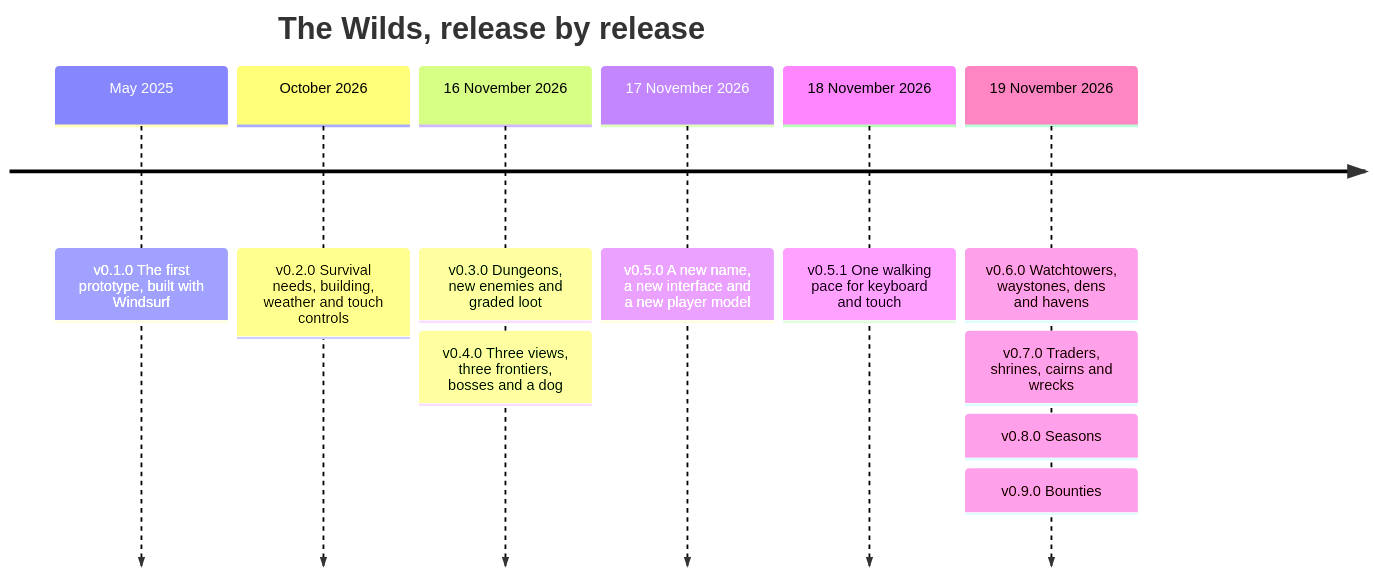
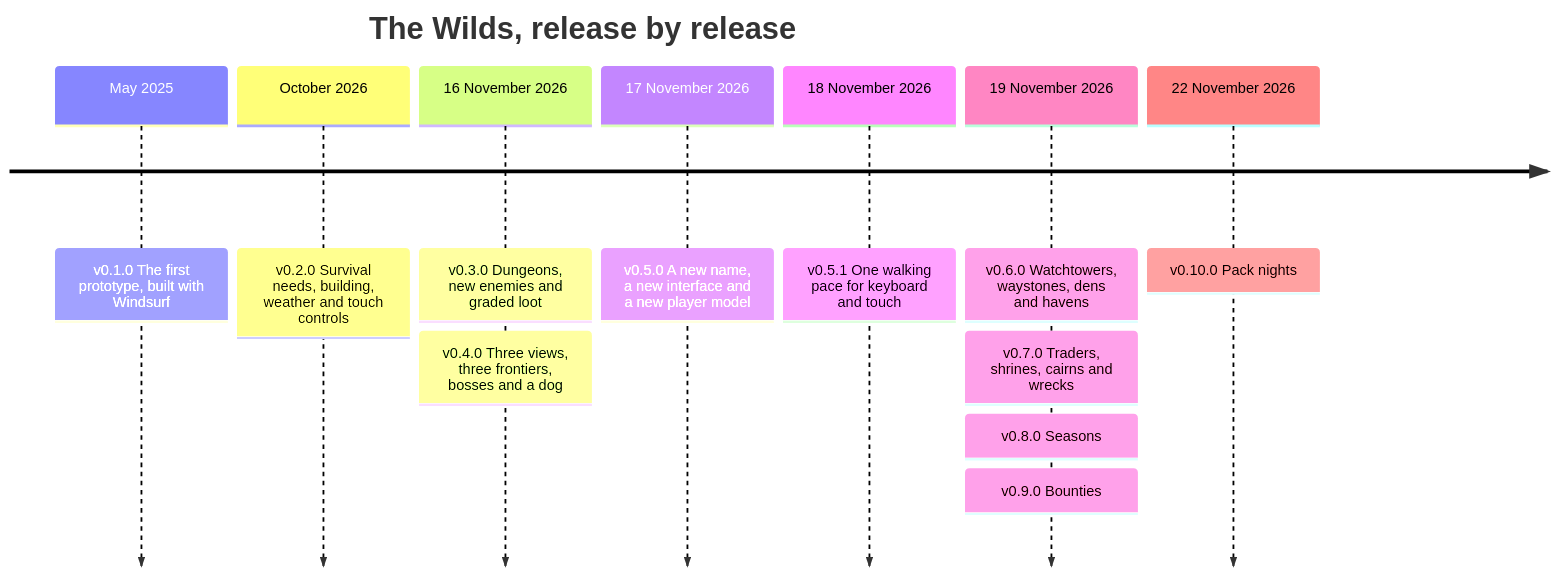
The fifth of 5 diagrams in README.md (CptNope/Survival-Game), drawn with Mermaid before and after one commit. The commit also changed other lines of this file and 13 other files, not shown here.

First line of the commit message:
Add pack nights: a hunting pack at midnight on the last night of every season

````diff
--- a/README.md
+++ b/README.md
@@ -526,14 +547,15 @@
 ```mermaid
 timeline
     title The Wilds, release by release
     May 2025 : v0.1.0 The first prototype, built with Windsurf
     October 2026 : v0.2.0 Survival needs, building, weather and touch controls
     16 November 2026 : v0.3.0 Dungeons, new enemies and graded loot
                      : v0.4.0 Three views, three frontiers, bosses and a dog
     17 November 2026 : v0.5.0 A new name, a new interface and a new player model
     18 November 2026 : v0.5.1 One walking pace for keyboard and touch
     19 November 2026 : v0.6.0 Watchtowers, waystones, dens and havens
                      : v0.7.0 Traders, shrines, cairns and wrecks
                      : v0.8.0 Seasons
                      : v0.9.0 Bounties
+    22 November 2026 : v0.10.0 Pack nights
 ```
````
